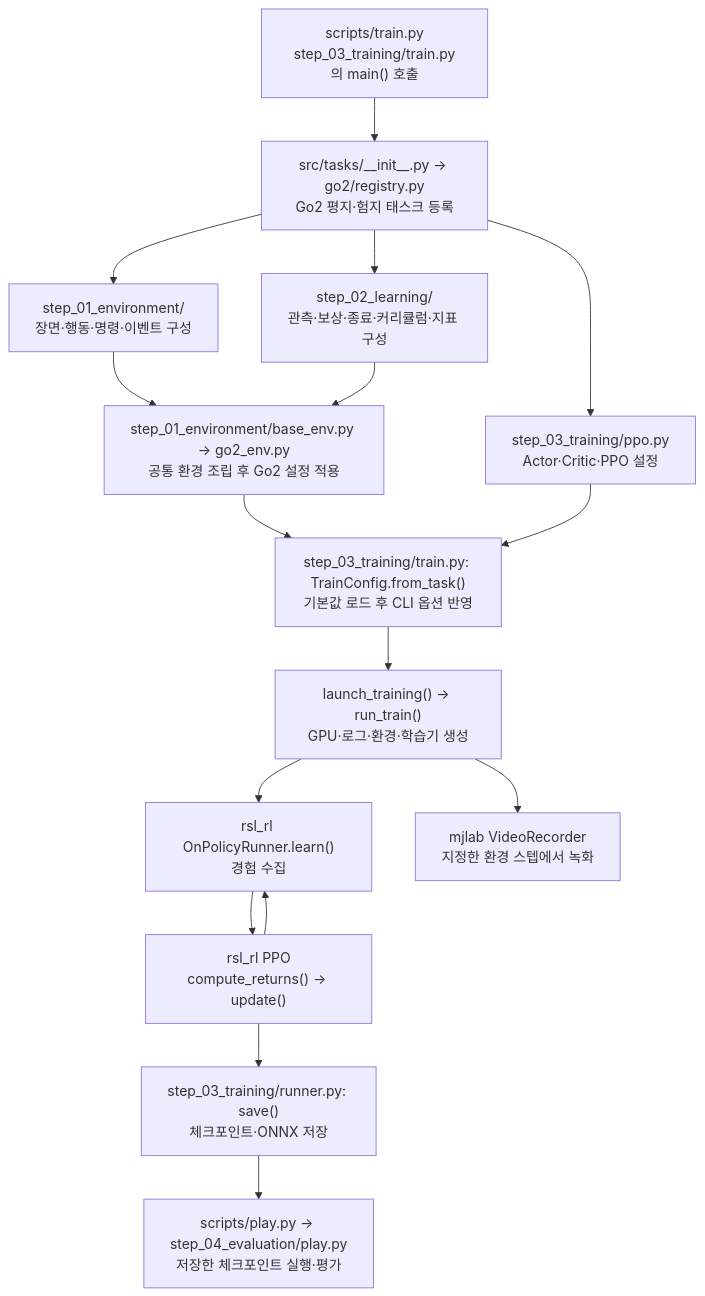
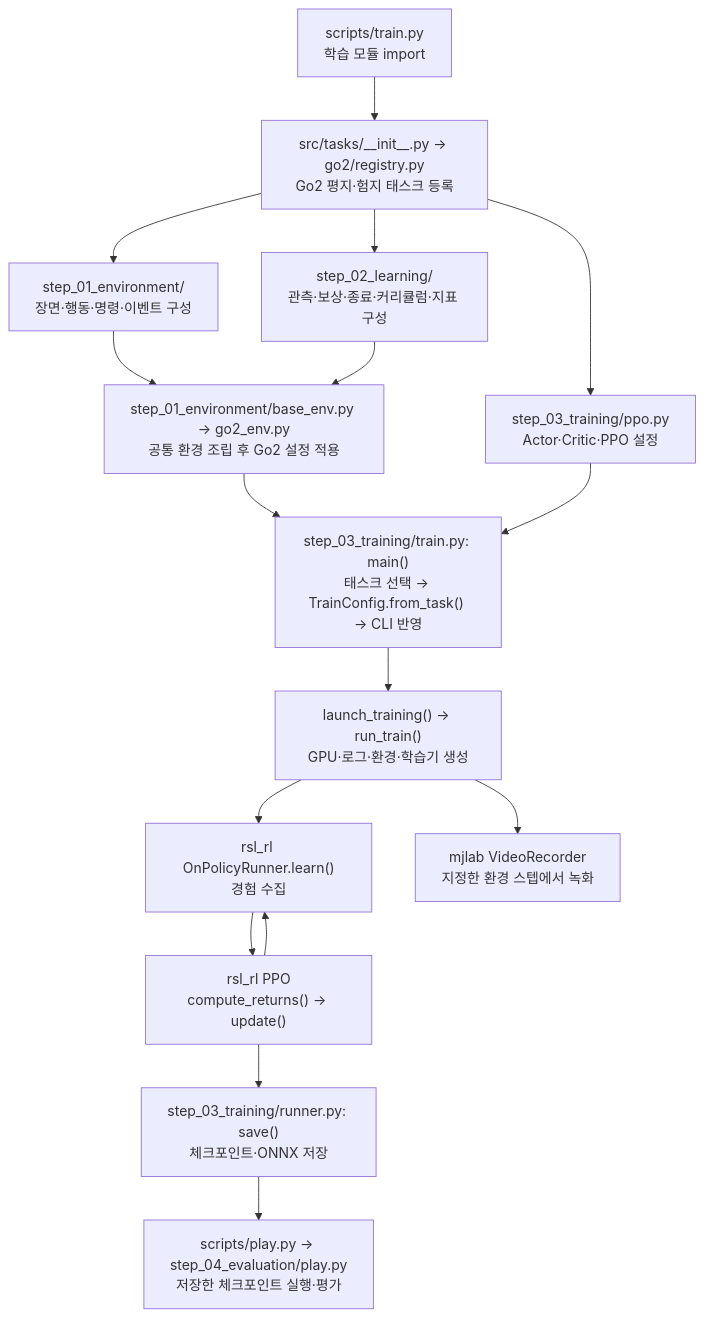
Before and after one commit to kante2/unitree_rl_mjlab: the first of 2 diagrams in kante_.md, drawn with Mermaid. The commit also changed other lines of this file, not shown here.

Commit message:
docs: explain Go2 training pipeline and learning architecture

````diff
--- a/kante_.md
+++ b/kante_.md
@@ -40,18 +58,18 @@
 ```mermaid
 flowchart TD
-    A["scripts/train.py<br/>step_03_training/train.py의 main() 호출"] --> B["src/tasks/__init__.py → go2/registry.py<br/>Go2 평지·험지 태스크 등록"]
+    A["scripts/train.py<br/>학습 모듈 import"] --> B["src/tasks/__init__.py → go2/registry.py<br/>Go2 평지·험지 태스크 등록"]
     B --> C["step_01_environment/<br/>장면·행동·명령·이벤트 구성"]
     B --> D["step_02_learning/<br/>관측·보상·종료·커리큘럼·지표 구성"]
     C --> E["step_01_environment/base_env.py → go2_env.py<br/>공통 환경 조립 후 Go2 설정 적용"]
     D --> E
     B --> F["step_03_training/ppo.py<br/>Actor·Critic·PPO 설정"]
-    E --> G["step_03_training/train.py: TrainConfig.from_task()<br/>기본값 로드 후 CLI 옵션 반영"]
+    E --> G["step_03_training/train.py: main()<br/>태스크 선택 → TrainConfig.from_task() → CLI 반영"]
     F --> G
     G --> H["launch_training() → run_train()<br/>GPU·로그·환경·학습기 생성"]
     H --> I["rsl_rl OnPolicyRunner.learn()<br/>경험 수집"]
     I --> J["rsl_rl PPO<br/>compute_returns() → update()"]
     J --> I
     J --> K["step_03_training/runner.py: save()<br/>체크포인트·ONNX 저장"]
     K --> L["scripts/play.py → step_04_evaluation/play.py<br/>저장한 체크포인트 실행·평가"]
     H --> M["mjlab VideoRecorder<br/>지정한 환경 스텝에서 녹화"]
 ```
````
